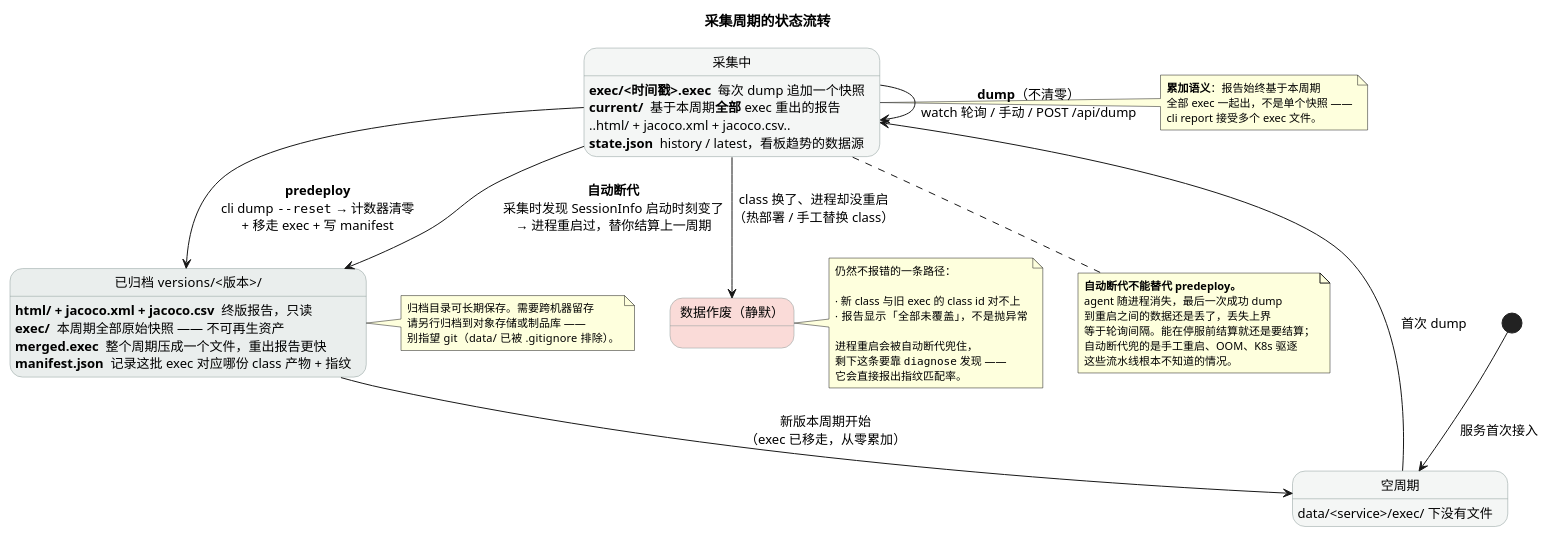
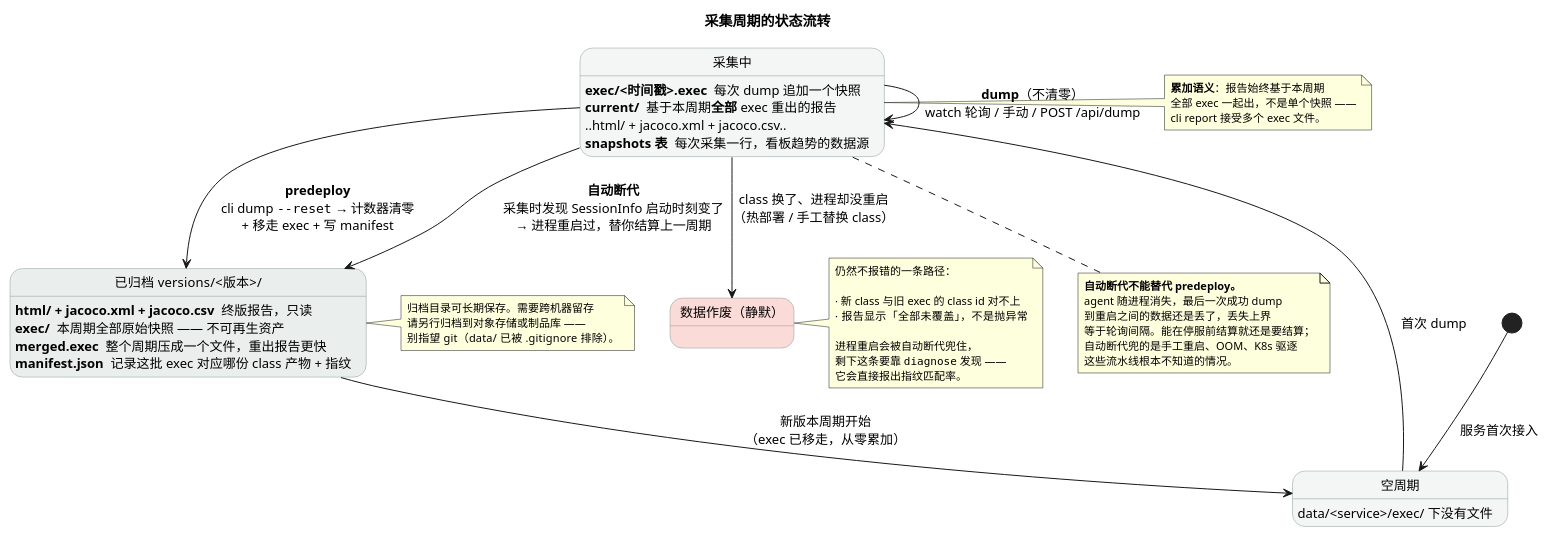
One commit to SoperRookie/coverage-hub changed the diagram in docs/diagrams/04-lifecycle.puml. Above: the diagram before and after it, drawn with PlantUML. The commit also changed 11 other files, not shown here.

```diff
--- a/docs/diagrams/04-lifecycle.puml
+++ b/docs/diagrams/04-lifecycle.puml
@@ -1,75 +1,75 @@
 @startuml 04-lifecycle
 ' coverage-hub —— 一个采集周期的状态流转
 ' 为什么必须按版本切段：JaCoCo 按类的 CRC64 指纹（class id）把 exec 和 class
 ' 对应起来。发版换了 class，旧 exec 就作废 —— 而且是静默作废。
 
 title 采集周期的状态流转
 
 skinparam shadowing false
 skinparam NoteFontSize 11
 skinparam ranksep 45
 skinparam state {
   BackgroundColor #F4F6F5
   BorderColor #8A9A98
   FontSize 13
 }
 
 [*] --> Empty : 服务首次接入
 
 state "空周期" as Empty
 Empty : data/<service>/exec/ 下没有文件
 
 state "采集中" as Active
 Active : **exec/<时间戳>.exec**  每次 dump 追加一个快照
 Active : **current/**  基于本周期<b>全部</b> exec 重出的报告
 Active : ..html/ + jacoco.xml + jacoco.csv..
-Active : **state.json**  history / latest，看板趋势的数据源
+Active : **snapshots 表**  每次采集一行，看板趋势的数据源
 
 state "已归档  versions/<版本>/" as Sealed #EAEEED
 Sealed : **html/ + jacoco.xml + jacoco.csv**  终版报告，只读
 Sealed : **exec/**  本周期全部原始快照 —— 不可再生资产
 Sealed : **merged.exec**  整个周期压成一个文件，重出报告更快
 Sealed : **manifest.json**  记录这批 exec 对应哪份 class 产物 + 指纹
 
 state "数据作废（静默）" as Void #FADBD8
 
 Empty --> Active : 首次 dump
 Active --> Active : **dump**（不清零）\nwatch 轮询 / 手动 / POST /api/dump
 Active --> Sealed : **predeploy**\ncli dump ""--reset"" → 计数器清零\n+ 移走 exec + 写 manifest
 Sealed --> Empty : 新版本周期开始\n（exec 已移走，从零累加）
 Active --> Sealed : **自动断代**\n采集时发现 SessionInfo 启动时刻变了\n→ 进程重启过，替你结算上一周期
 Active --> Void : class 换了、进程却没重启\n（热部署 / 手工替换 class）
 
 note right of Active
   **累加语义**：报告始终基于本周期
   全部 exec 一起出，不是单个快照 ——
   cli report 接受多个 exec 文件。
 end note
 
 note right of Sealed
   归档目录可长期保存。需要跨机器留存
   请另行归档到对象存储或制品库 ——
   别指望 git（data/ 已被 .gitignore 排除）。
 end note
 
 note right of Void
   仍然不报错的一条路径：
 
   · 新 class 与旧 exec 的 class id 对不上
   · 报告显示「全部未覆盖」，不是抛异常
 
   进程重启会被自动断代兜住，
   剩下这条要靠 ""diagnose"" 发现 ——
   它会直接报出指纹匹配率。
 end note
 
 note bottom of Active
   **自动断代不能替代 predeploy。**
   agent 随进程消失，最后一次成功 dump
   到重启之间的数据还是丢了，丢失上界
   等于轮询间隔。能在停服前结算就还是要结算；
   自动断代兜的是手工重启、OOM、K8s 驱逐
   这些流水线根本不知道的情况。
 end note
 
 @enduml
```
